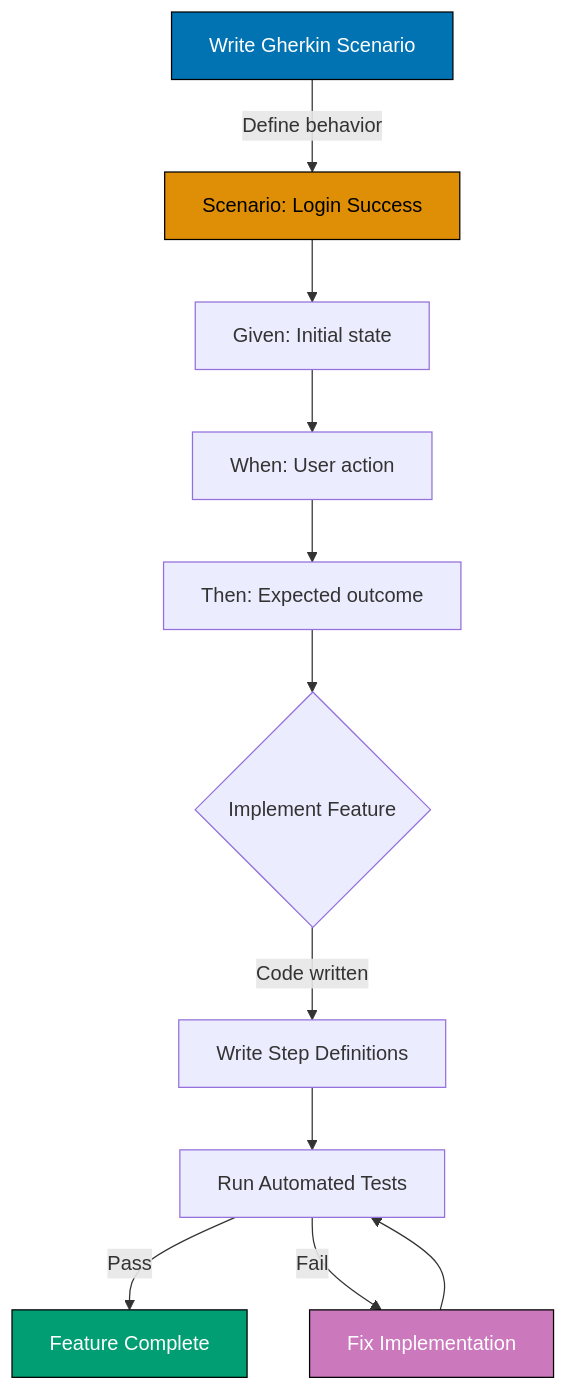
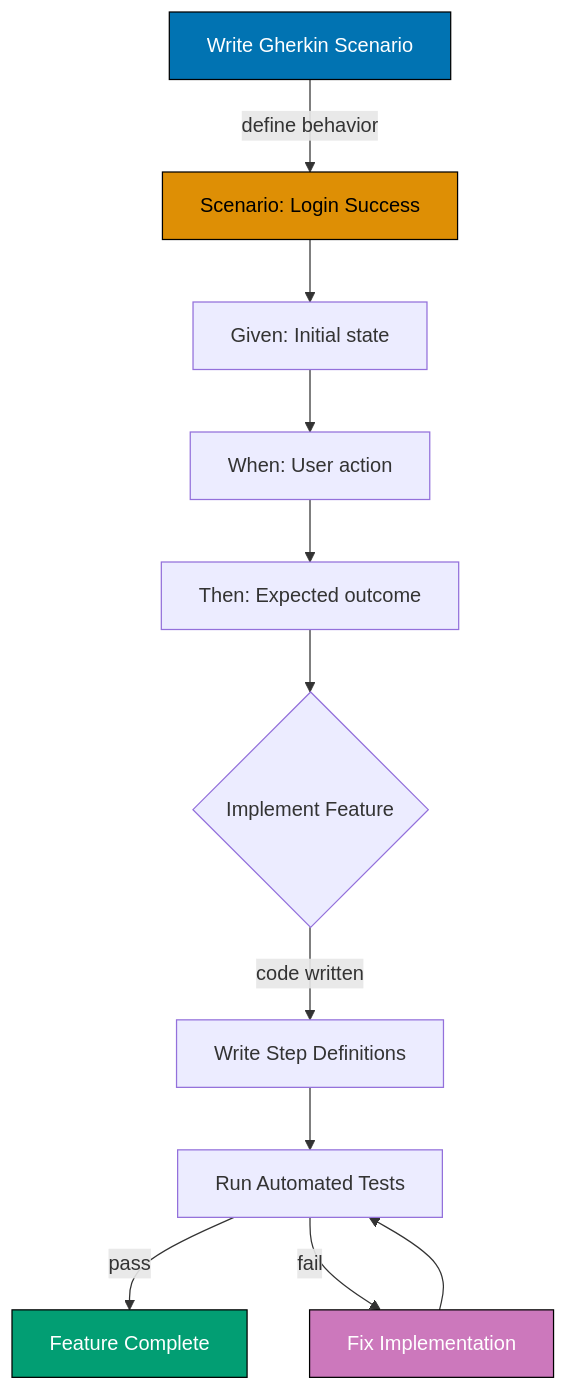
The diagram in governance/development/infra/acceptance-criteria.md (wahidyankf/ose-primer), drawn with Mermaid before and after one commit. The commit also changed other lines of this file and 534 other files, not shown here.

````diff
--- a/governance/development/infra/acceptance-criteria.md
+++ b/governance/development/infra/acceptance-criteria.md
@@ -460,18 +458,18 @@
 ```mermaid
 graph TD
- A[Write Gherkin Scenario] -->|Define behavior| B[Scenario: Login Success]
+ A[Write Gherkin Scenario] -- define behavior --> B[Scenario: Login Success]
  B --> C[Given: Initial state]
  C --> D[When: User action]
  D --> E[Then: Expected outcome]
  E --> F{Implement Feature}
- F -->|Code written| G[Write Step Definitions]
+ F -- code written --> G[Write Step Definitions]
  G --> H[Run Automated Tests]
- H -->|Pass| I[Feature Complete ]
- H -->|Fail| J[Fix Implementation]
+ H -- pass --> I[Feature Complete]
+ H -- fail --> J[Fix Implementation]
  J --> H
 
  style A fill:#0173B2,stroke:#000,color:#fff
  style B fill:#DE8F05,stroke:#000,color:#000
  style I fill:#029E73,stroke:#000,color:#fff
  style J fill:#CC78BC,stroke:#000,color:#fff
 ```
````
